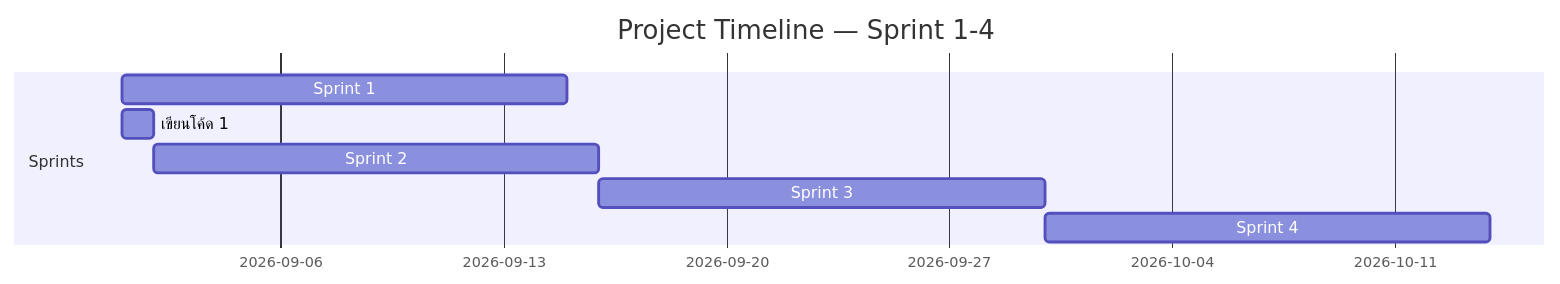
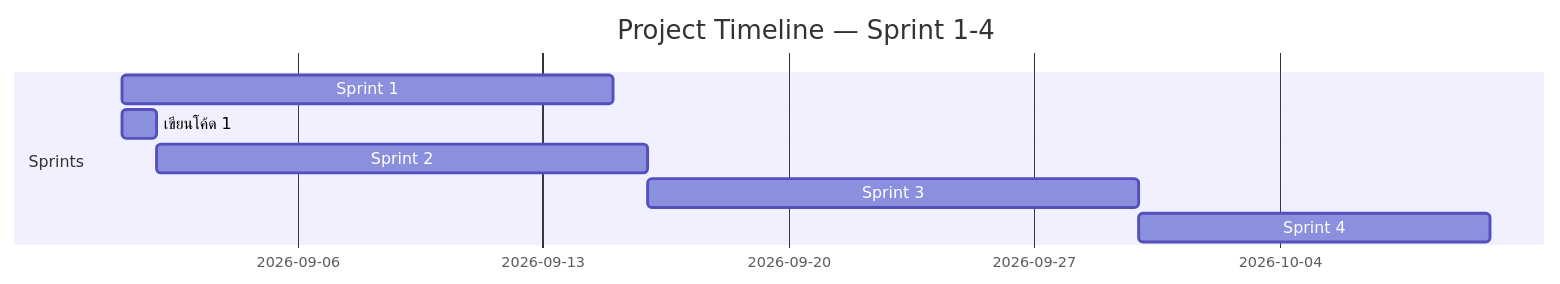
The diagram in [project-Don_tbeacund]-Prt_Proj-A/Docs/agile/02-sprint-backlog.md (thanapoom697-maker/New-folder-Dg225-682110117), drawn with Mermaid before and after one commit.

Commit message:
Change 02 blacklog

````diff
--- a/[project-Don_tbeacund]-Prt_Proj-A/Docs/agile/02-sprint-backlog.md
+++ b/[project-Don_tbeacund]-Prt_Proj-A/Docs/agile/02-sprint-backlog.md
@@ -20,11 +20,11 @@
 ```mermaid
 gantt
     title Project Timeline — Sprint 1-4
     dateFormat  YYYY-MM-DD
     section Sprints
     Sprint 1 :s1, 2026-09-01, 14d
 	เขียนโค้ด 1 :s1, 2026-09-01, 1d
     Sprint 2 :s2, after s1, 14d
     Sprint 3 :s3, after s2, 14d
-    Sprint 4 :s4, after s3, 14d
+    Sprint 4 :s4, after s3, 10d
 ```
````
